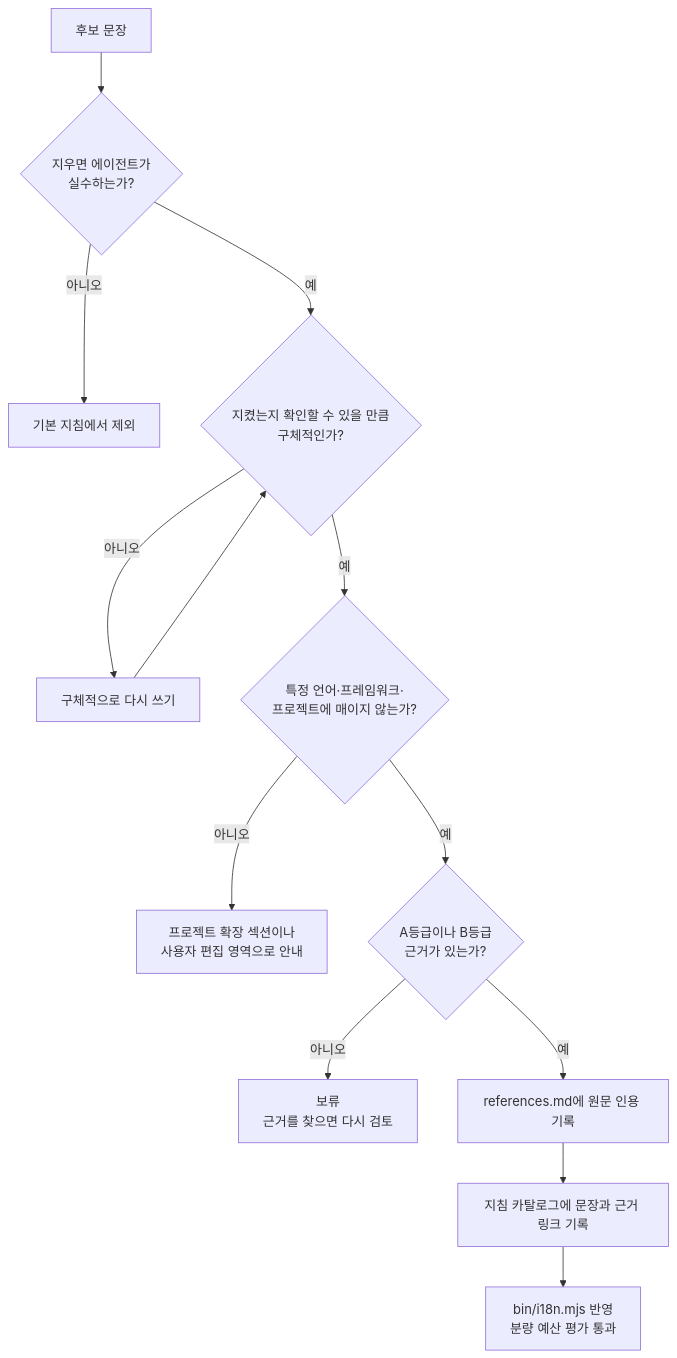
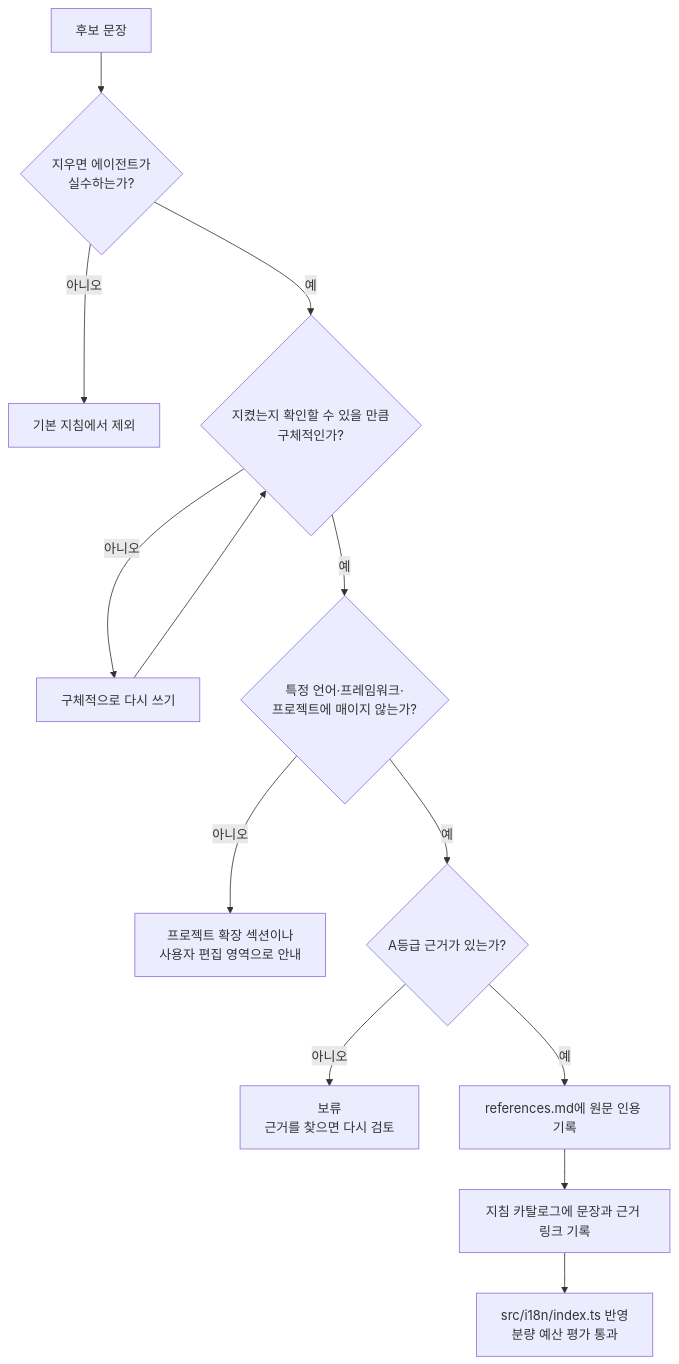
One commit to IsthisLee/agent-context-manager changed the first of 2 diagrams in docs/discussion/architecture/topics/guidance-evidence-and-budget.md. Above: the diagram before and after it, drawn with Mermaid. The commit also changed other lines of this file and 40 other files, not shown here.

````diff
--- a/docs/discussion/architecture/topics/guidance-evidence-and-budget.md
+++ b/docs/discussion/architecture/topics/guidance-evidence-and-budget.md
@@ -95,15 +95,15 @@
 ```mermaid
 flowchart TD
   CAND["후보 문장"] --> Q1{"지우면 에이전트가<br/>실수하는가?"}
   Q1 -->|"아니오"| DROP["기본 지침에서 제외"]
   Q1 -->|"예"| Q2{"지켰는지 확인할 수 있을 만큼<br/>구체적인가?"}
   Q2 -->|"아니오"| REWRITE["구체적으로 다시 쓰기"]
   REWRITE --> Q2
   Q2 -->|"예"| Q3{"특정 언어·프레임워크·<br/>프로젝트에 매이지 않는가?"}
   Q3 -->|"아니오"| PROJECT["프로젝트 확장 섹션이나<br/>사용자 편집 영역으로 안내"]
-  Q3 -->|"예"| Q4{"A등급이나 B등급<br/>근거가 있는가?"}
+  Q3 -->|"예"| Q4{"A등급 근거가 있는가?"}
   Q4 -->|"아니오"| HOLD["보류<br/>근거를 찾으면 다시 검토"]
   Q4 -->|"예"| REF["references.md에 원문 인용 기록"]
   REF --> CAT["지침 카탈로그에 문장과 근거 링크 기록"]
-  CAT --> CODE["bin/i18n.mjs 반영<br/>분량 예산 평가 통과"]
+  CAT --> CODE["src/i18n/index.ts 반영<br/>분량 예산 평가 통과"]
 ```
````
